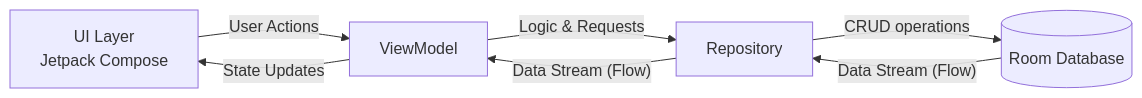
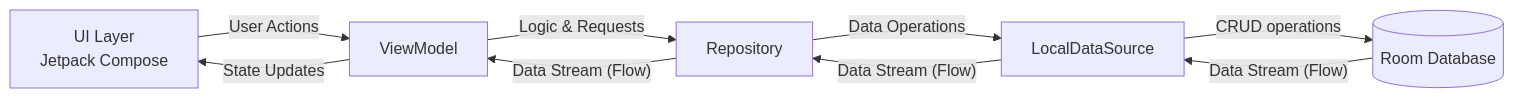
One commit to duswns261/InOutManager changed the diagram in README.md. Above: the diagram before and after it, drawn with Mermaid. The commit also changed other lines of this file, not shown here.

Commit message:
docs: update architecture diagram with LocalDataSource layer

````diff
--- a/README.md
+++ b/README.md
@@ -41,9 +41,11 @@
 ```mermaid
 flowchart LR
     View[UI Layer\nJetpack Compose] -- "User Actions" --> VM[ViewModel]
     VM -- "State Updates" --> View
     VM -- "Logic & Requests" --> Repo[Repository]
     Repo -- "Data Stream (Flow)" --> VM
-    Repo -- "CRUD operations" --> DB[(Room Database)]
-    DB -- "Data Stream (Flow)" --> Repo
+    Repo -- "Data Operations" --> DS[LocalDataSource]
+    DS -- "CRUD operations" --> DB[(Room Database)]
+    DB -- "Data Stream (Flow)" --> DS
+    DS -- "Data Stream (Flow)" --> Repo
 ```
````
